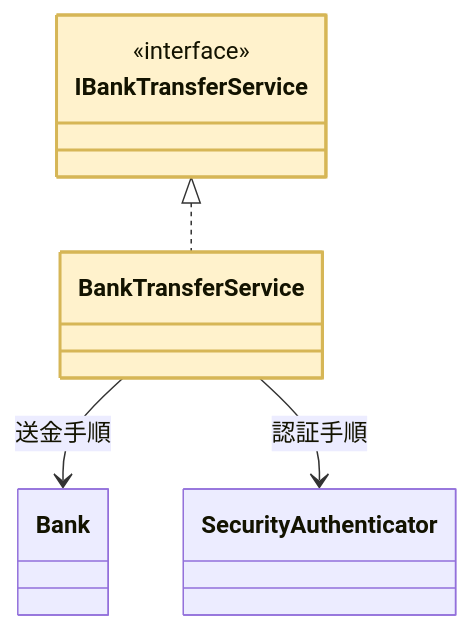
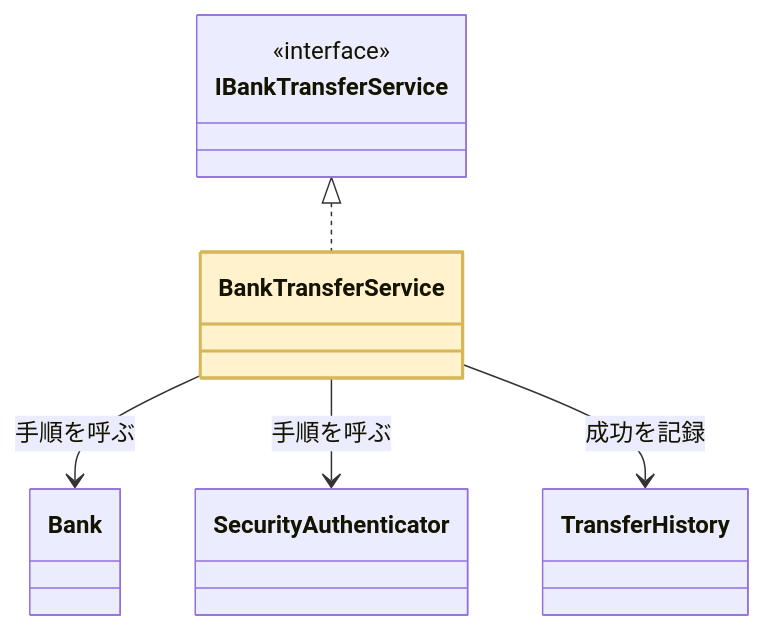
Before and after one commit to kumachan1101-pixel/DesignPattern: the tenth of 17 diagrams in kindle/design-patterns/output/chapter02.md, drawn with Mermaid. The commit also changed other lines of this file, not shown here.

````diff
--- a/kindle/design-patterns/output/chapter02.md
+++ b/kindle/design-patterns/output/chapter02.md
@@ -1565,13 +1891,14 @@
 ```mermaid
 classDiagram
     class IBankTransferService { <<interface>> }
     class BankTransferService
     class Bank
     class SecurityAuthenticator
+    class TransferHistory
     IBankTransferService <|.. BankTransferService
-    BankTransferService --> Bank : 送金手順
-    BankTransferService --> SecurityAuthenticator : 認証手順
-    class IBankTransferService:::focus
+    BankTransferService --> Bank : 手順を呼ぶ
+    BankTransferService --> SecurityAuthenticator : 手順を呼ぶ
+    BankTransferService --> TransferHistory : 成功を記録
     class BankTransferService:::focus
     classDef focus fill:#FFF2CC,stroke:#D6B656,stroke-width:2px
 ```
````
